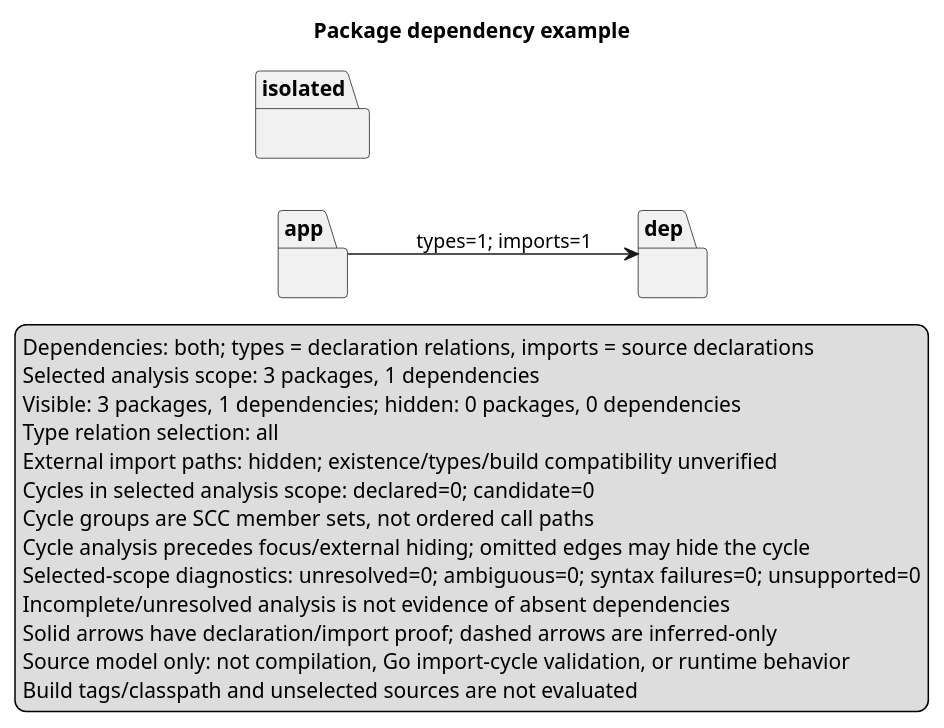
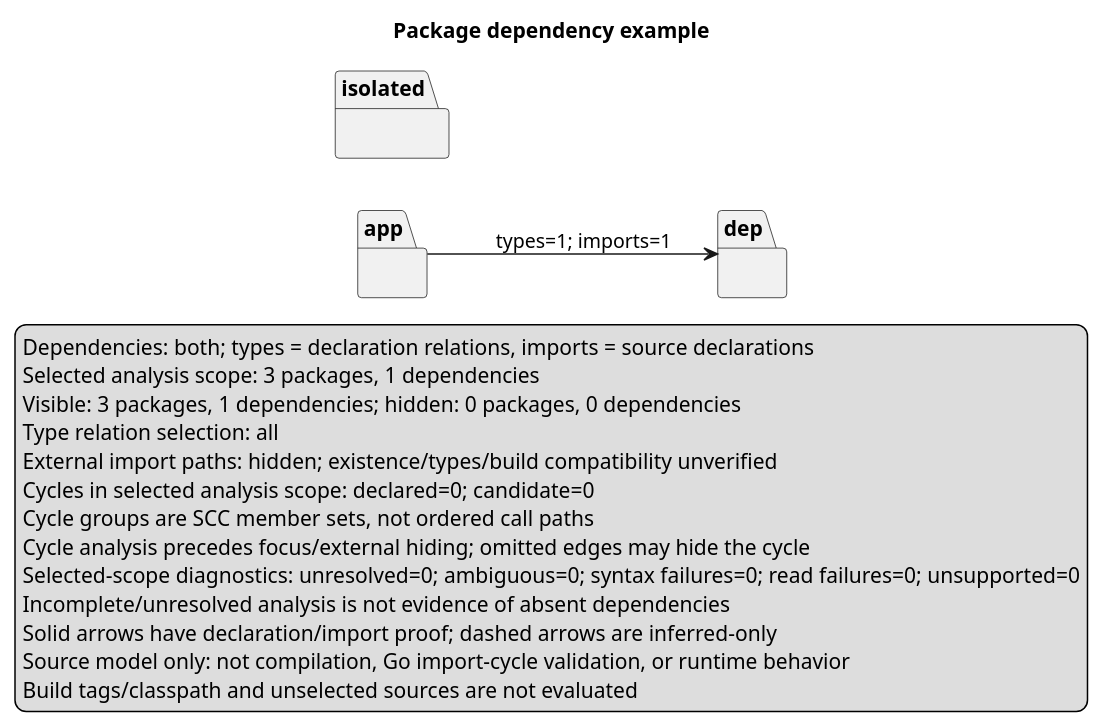
The second of 2 diagrams in docs/uml-expansion-proposal.md (Mino829/umlgen), drawn with PlantUML before and after one commit. The commit also changed other lines of this file and 15 other files, not shown here.

````diff
--- a/docs/uml-expansion-proposal.md
+++ b/docs/uml-expansion-proposal.md
@@ -698,31 +714,31 @@
 ```plantuml
 @startuml
 title Package dependency example
 left to right direction
 
 package "app" as PKG_0 {
 }
 package "dep" as PKG_1 {
 }
 package "isolated" as PKG_2 {
 }
 PKG_0 --> PKG_1 : types=1; imports=1
 
 legend bottom
 Dependencies: both; types = declaration relations, imports = source declarations
 Selected analysis scope: 3 packages, 1 dependencies
 Visible: 3 packages, 1 dependencies; hidden: 0 packages, 0 dependencies
 Type relation selection: all
 External import paths: hidden; existence/types/build compatibility unverified
 Cycles in selected analysis scope: declared=0; candidate=0
 Cycle groups are SCC member sets, not ordered call paths
 Cycle analysis precedes focus/external hiding; omitted edges may hide the cycle
-Selected-scope diagnostics: unresolved=0; ambiguous=0; syntax failures=0; unsupported=0
+Selected-scope diagnostics: unresolved=0; ambiguous=0; syntax failures=0; read failures=0; unsupported=0
 Incomplete/unresolved analysis is not evidence of absent dependencies
 Solid arrows have declaration/import proof; dashed arrows are inferred-only
 Source model only: not compilation, Go import-cycle validation, or runtime behavior
 Build tags/classpath and unselected sources are not evaluated
 endlegend
 
 @enduml
 ```
````
